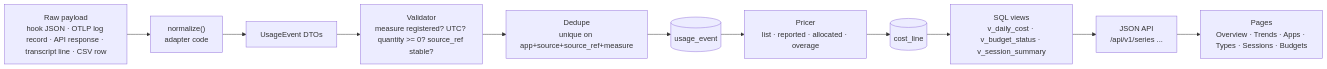
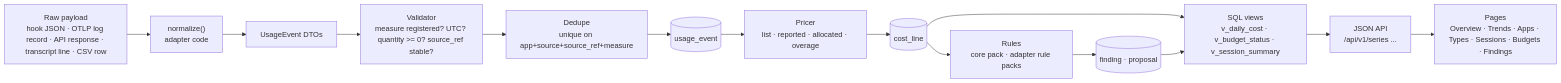
Before and after one commit to newellnarco/SpendTracker: the third of 7 diagrams in docs/01-architecture/ARCHITECTURE.md, drawn with Mermaid. The commit also changed other lines of this file and 14 other files, not shown here.

````diff
--- a/docs/01-architecture/ARCHITECTURE.md
+++ b/docs/01-architecture/ARCHITECTURE.md
@@ -89,16 +92,19 @@
 ```mermaid
 flowchart LR
     raw[Raw payload<br/>hook JSON · OTLP log record · API response · transcript line · CSV row]
     norm["normalize()<br/>adapter code"]
     ue[UsageEvent DTOs]
     val[Validator<br/>measure registered? UTC? quantity >= 0? source_ref stable?]
     dedupe[Dedupe<br/>unique on app+source+source_ref+measure]
     write[(usage_event)]
     price[Pricer<br/>list · reported · allocated · overage]
     cl[(cost_line)]
     views[SQL views<br/>v_daily_cost · v_budget_status · v_session_summary]
+    rules[Rules<br/>core pack · adapter rule packs]
+    fnd[(finding · proposal)]
     api[JSON API<br/>/api/v1/series ...]
-    ui[Pages<br/>Overview · Trends · Apps · Types · Sessions · Budgets]
+    ui[Pages<br/>Overview · Trends · Apps · Types · Sessions · Budgets · Findings]
 
     raw --> norm --> ue --> val --> dedupe --> write --> price --> cl --> views --> api --> ui
+    cl --> rules --> fnd --> views
 ```
````
